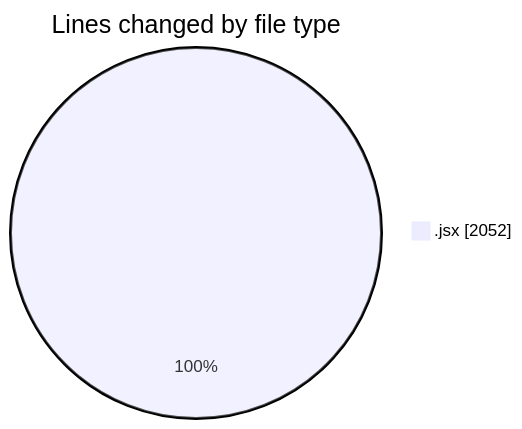
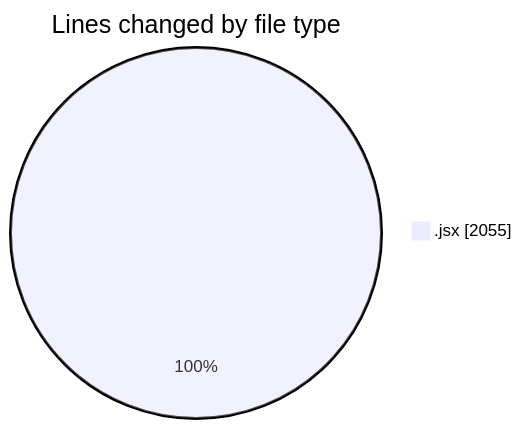
Before and after one commit to nxtqubesakshisongat/code-tracking: the first of 2 diagrams in 2025-07-07/argos/README.md, drawn with Mermaid. The commit also changed other lines of this file and 1 other file, not shown here.

````diff
--- a/2025-07-07/argos/README.md
+++ b/2025-07-07/argos/README.md
@@ -22,5 +22,5 @@
 ```mermaid
 pie showData
 title Lines changed by file type
-".jsx" : 2052
+".jsx" : 2055
 ```
````
